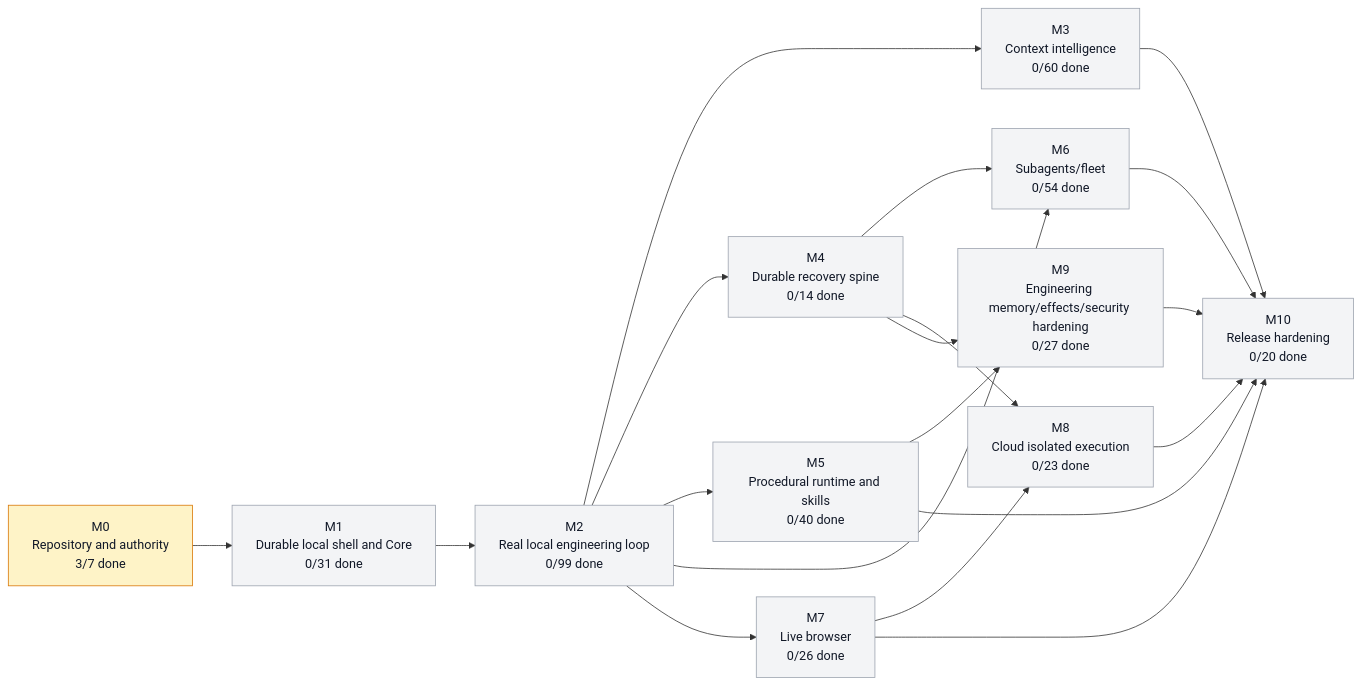
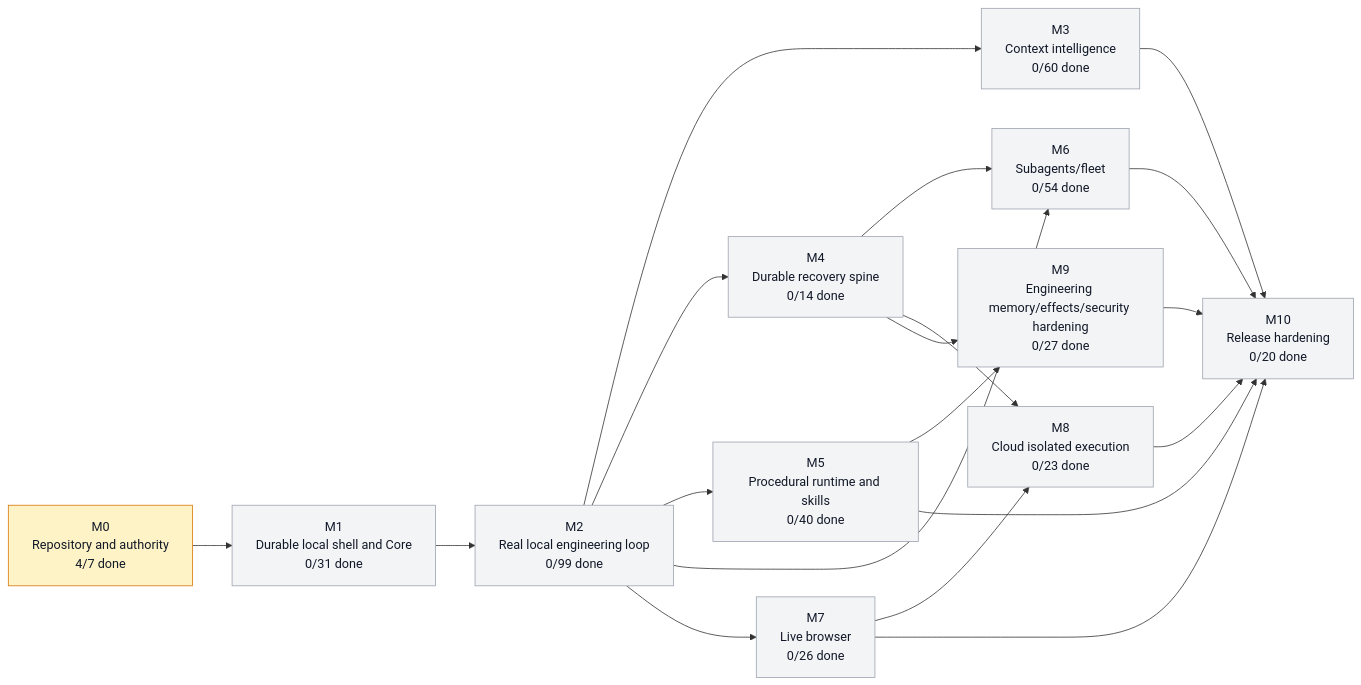
One commit to moss101/modbit changed the first of 5 diagrams in graph/PROJECT_GRAPH.md. Above: the diagram before and after it, drawn with Mermaid. The commit also changed other lines of this file and 6 other files, not shown here.

````diff
--- a/graph/PROJECT_GRAPH.md
+++ b/graph/PROJECT_GRAPH.md
@@ -57,43 +57,43 @@
 ```mermaid
 flowchart LR
-  M0["M0<br/>Repository and authority<br/>3/7 done"]
+  M0["M0<br/>Repository and authority<br/>4/7 done"]
   M1["M1<br/>Durable local shell and Core<br/>0/31 done"]
   M2["M2<br/>Real local engineering loop<br/>0/99 done"]
   M3["M3<br/>Context intelligence<br/>0/60 done"]
   M4["M4<br/>Durable recovery spine<br/>0/14 done"]
   M5["M5<br/>Procedural runtime and skills<br/>0/40 done"]
   M6["M6<br/>Subagents/fleet<br/>0/54 done"]
   M7["M7<br/>Live browser<br/>0/26 done"]
   M8["M8<br/>Cloud isolated execution<br/>0/23 done"]
   M9["M9<br/>Engineering memory/effects/security hardening<br/>0/27 done"]
   M10["M10<br/>Release hardening<br/>0/20 done"]
   M0 --> M1
   M1 --> M2
   M2 --> M3
   M2 --> M4
   M2 --> M5
   M2 --> M6
   M4 --> M6
   M2 --> M7
   M4 --> M8
   M7 --> M8
   M4 --> M9
   M5 --> M9
   M3 --> M10
   M5 --> M10
   M6 --> M10
   M7 --> M10
   M8 --> M10
   M9 --> M10
   style M0 fill:#fef3c7,stroke:#d97706,color:#111827
   style M1 fill:#f3f4f6,stroke:#9ca3af,color:#111827
   style M2 fill:#f3f4f6,stroke:#9ca3af,color:#111827
   style M3 fill:#f3f4f6,stroke:#9ca3af,color:#111827
   style M4 fill:#f3f4f6,stroke:#9ca3af,color:#111827
   style M5 fill:#f3f4f6,stroke:#9ca3af,color:#111827
   style M6 fill:#f3f4f6,stroke:#9ca3af,color:#111827
   style M7 fill:#f3f4f6,stroke:#9ca3af,color:#111827
   style M8 fill:#f3f4f6,stroke:#9ca3af,color:#111827
   style M9 fill:#f3f4f6,stroke:#9ca3af,color:#111827
   style M10 fill:#f3f4f6,stroke:#9ca3af,color:#111827
 ```
````
